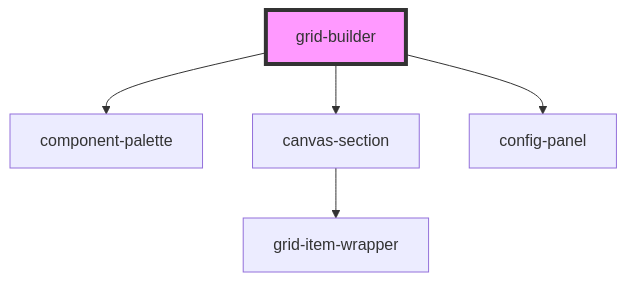
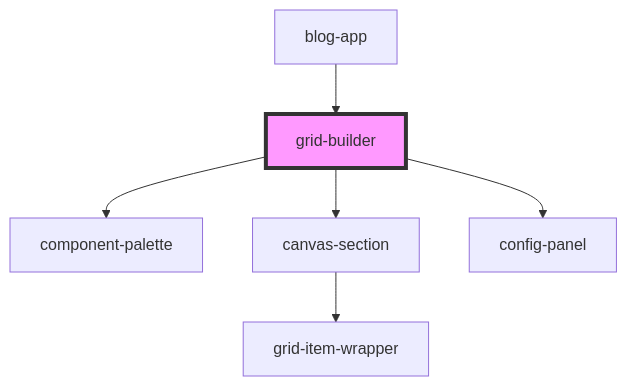
The diagram in stencil-grid-builder/src/components/grid-builder/readme.md (lucidworks/grid-builder-poc), drawn with Mermaid before and after one commit. The commit also changed other lines of this file and 4 other files, not shown here.

First line of the commit message:
refactor: improve component architecture and documentation

````diff
--- a/stencil-grid-builder/src/components/grid-builder/readme.md
+++ b/stencil-grid-builder/src/components/grid-builder/readme.md
@@ -40,8 +45,9 @@
 ```mermaid
 graph TD;
   grid-builder --> component-palette
   grid-builder --> canvas-section
   grid-builder --> config-panel
   canvas-section --> grid-item-wrapper
+  blog-app --> grid-builder
   style grid-builder fill:#f9f,stroke:#333,stroke-width:4px
 ```
````
